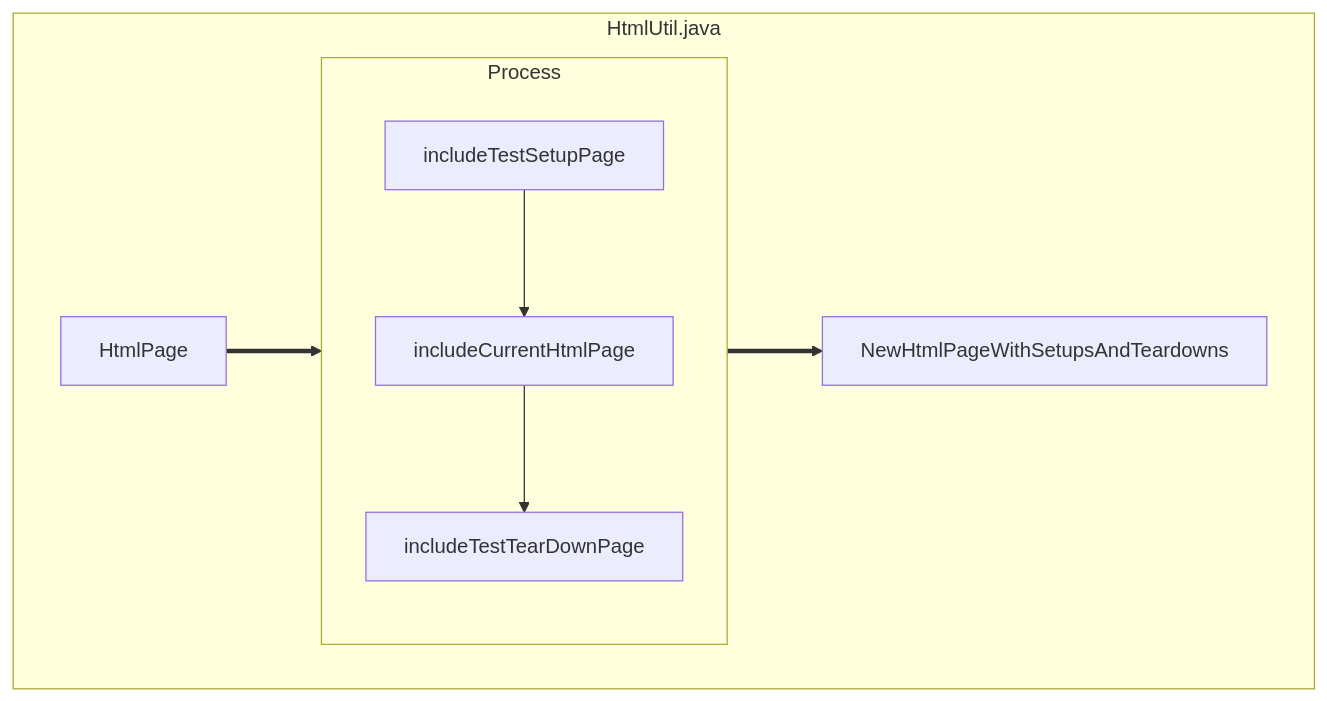
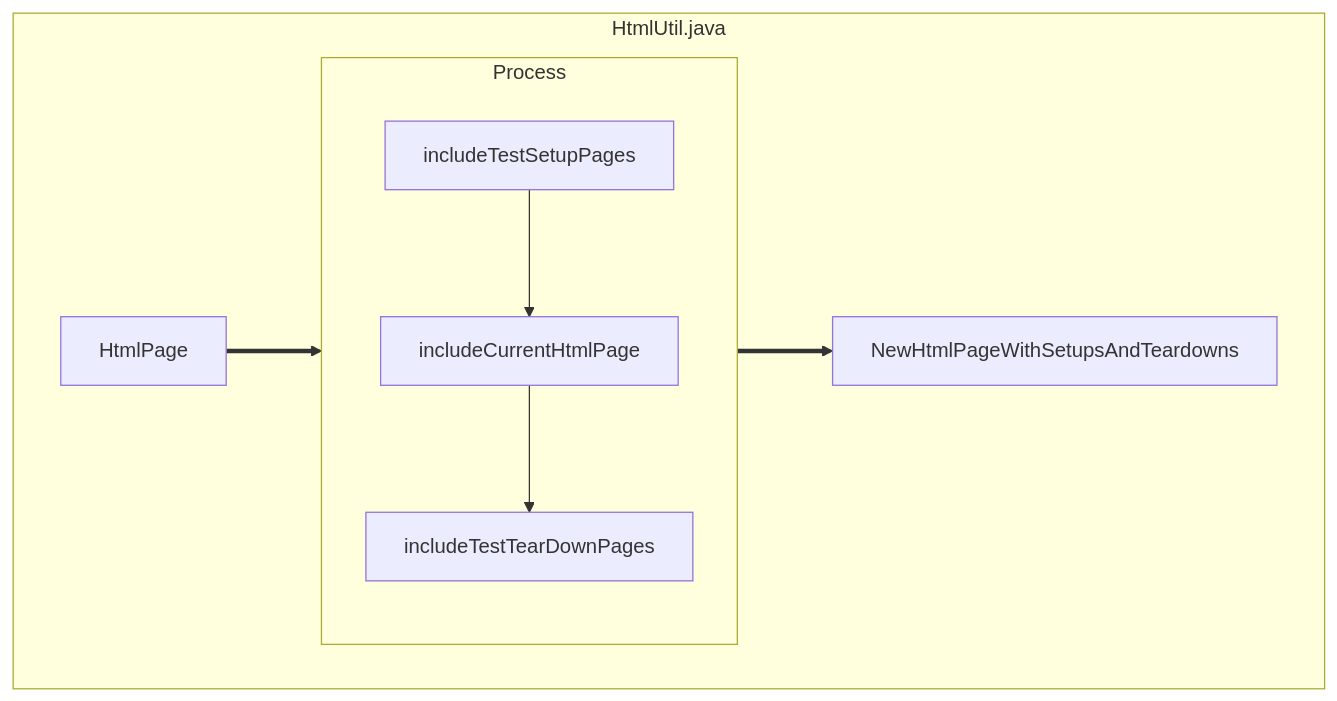
The diagram in slides.0.0.finesscodes.md (FrankieLv/slidev-cleancode-function01), drawn with Mermaid before and after one commit. The commit also changed 1 other file, not shown here.

````diff
--- a/slides.0.0.finesscodes.md
+++ b/slides.0.0.finesscodes.md
@@ -31,14 +31,14 @@
 ```mermaid {scale: 0.9}
 flowchart TB
     subgraph "HtmlUtil.java"
 
     subgraph Process
-    includeTestSetupPage-->includeCurrentHtmlPage
-    includeCurrentHtmlPage-->includeTestTearDownPage
+    includeTestSetupPages-->includeCurrentHtmlPage
+    includeCurrentHtmlPage-->includeTestTearDownPages
     end
 
     HtmlPage==>Process
     Process==>NewHtmlPageWithSetupsAndTeardowns
 
     end
 ```
````
